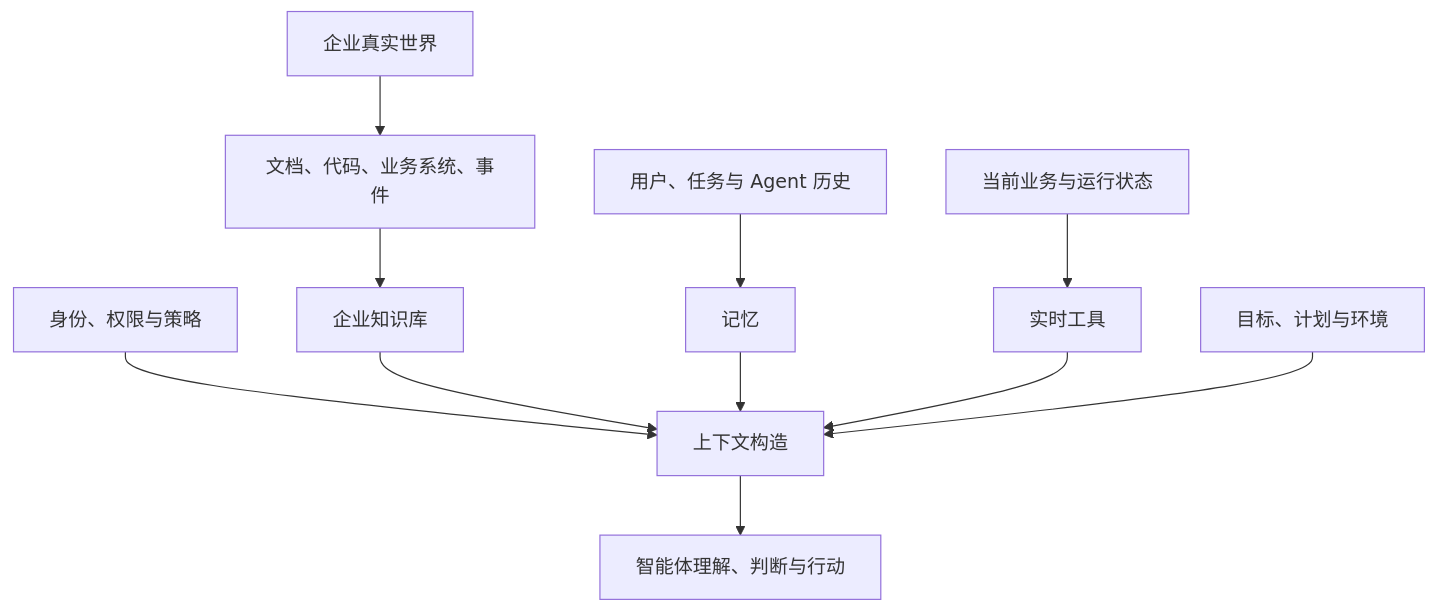
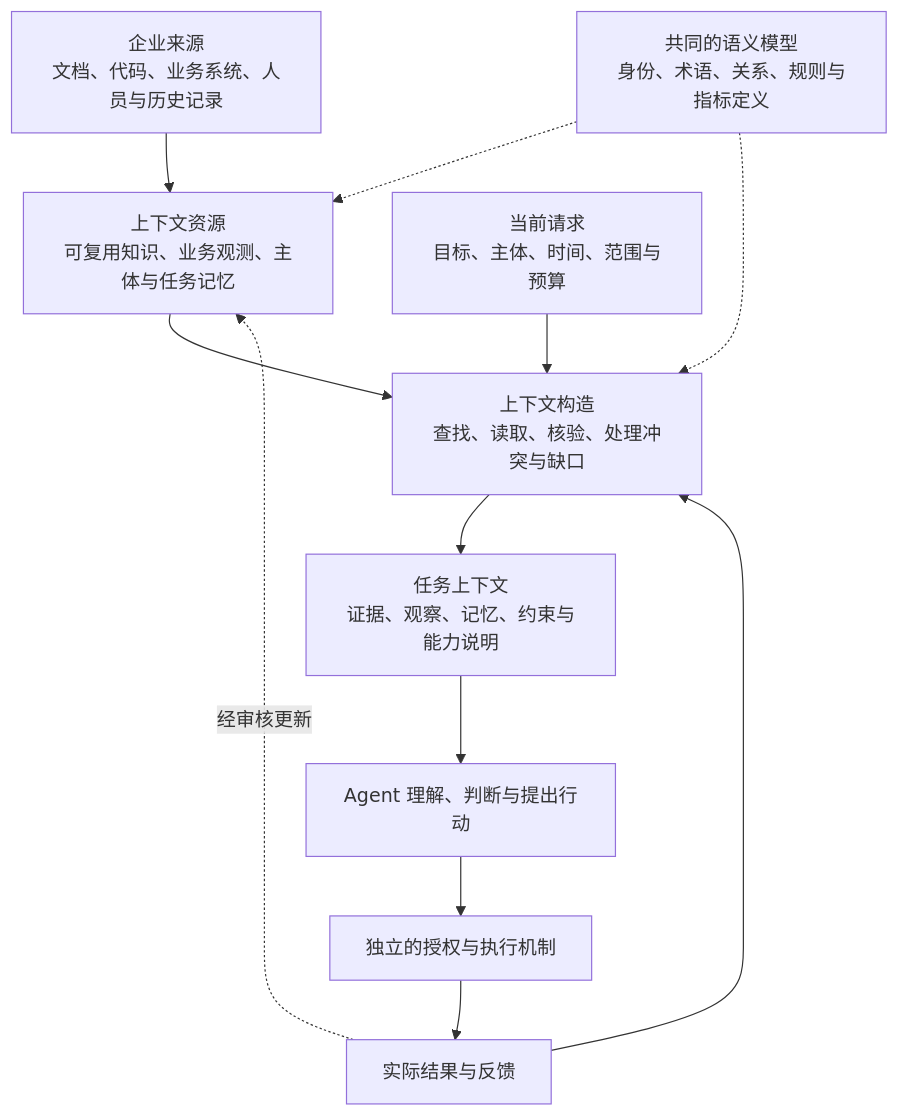
One commit to LENSHOOD/enterprise-context-book changed the diagram in book/part-1/chapter-01.md. Above: the diagram before and after it, drawn with Mermaid. The commit also changed other lines of this file and 22 other files, not shown here.

Commit message:
docs: clarify enterprise context logical architecture (rc.10)

````diff
--- a/book/part-1/chapter-01.md
+++ b/book/part-1/chapter-01.md
@@ -48,13 +54,14 @@
 ```mermaid
 flowchart TB
-  World["企业真实世界"] --> Sources["文档、代码、业务系统、事件"]
-  Sources --> Knowledge["企业知识库"]
-  History["用户、任务与 Agent 历史"] --> Memory["记忆"]
-  Live["当前业务与运行状态"] --> Tools["实时工具"]
-  IAM["身份、权限与策略"] --> Context["上下文构造"]
-  Knowledge --> Context
-  Memory --> Context
-  Tools --> Context
-  Task["目标、计划与环境"] --> Context
-  Context --> Agent["智能体理解、判断与行动"]
+  S["企业来源<br/>文档、代码、业务系统、人员与历史记录"] --> R["上下文资源<br/>可复用知识、业务观测、主体与任务记忆"]
+  M["共同的语义模型<br/>身份、术语、关系、规则与指标定义"] -.-> R
+  M -.-> C["上下文构造<br/>查找、读取、核验、处理冲突与缺口"]
+  R --> C
+  Q["当前请求<br/>目标、主体、时间、范围与预算"] --> C
+  C --> P["任务上下文<br/>证据、观察、记忆、约束与能力说明"]
+  P --> A["Agent 理解、判断与提出行动"]
+  A --> X["独立的授权与执行机制"]
+  X --> F["实际结果与反馈"]
+  F --> C
+  F -.经审核更新.-> R
 ```
````
